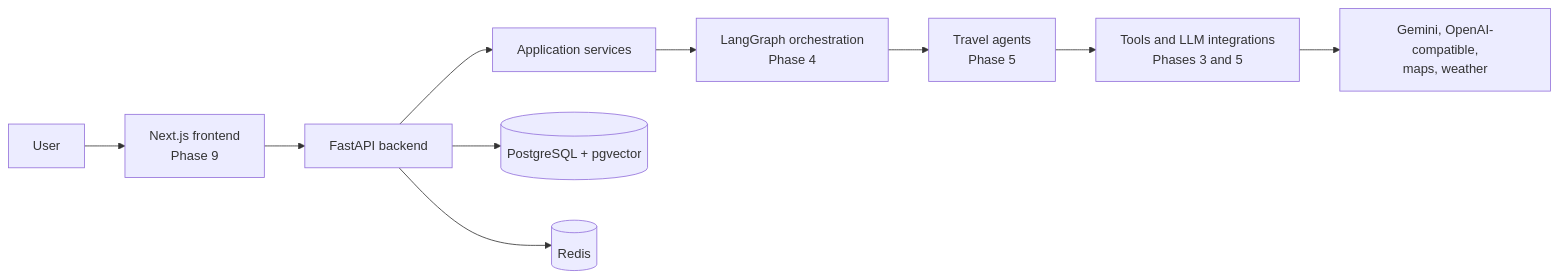
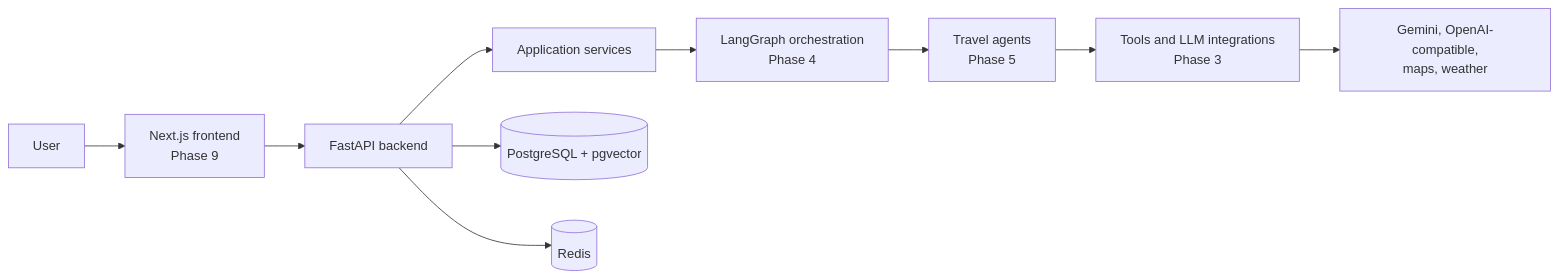
One commit to AnuradhaKashaudhan/TravelMind changed the diagram in README.md. Above: the diagram before and after it, drawn with Mermaid. The commit also changed other lines of this file and 43 other files, not shown here.

Commit message:
Implement Phase 3 LLM and tool integrations

````diff
--- a/README.md
+++ b/README.md
@@ -9,12 +9,12 @@
 ```mermaid
 flowchart LR
     User[User] --> Frontend[Next.js frontend<br/>Phase 9]
     Frontend --> API[FastAPI backend]
     API --> Services[Application services]
     API --> PostgreSQL[(PostgreSQL + pgvector)]
     API --> Redis[(Redis)]
     Services --> Workflow[LangGraph orchestration<br/>Phase 4]
     Workflow --> Agents[Travel agents<br/>Phase 5]
-    Agents --> Integrations[Tools and LLM integrations<br/>Phases 3 and 5]
+    Agents --> Integrations[Tools and LLM integrations<br/>Phase 3]
     Integrations --> Providers[Gemini, OpenAI-compatible,<br/>maps, weather]
 ```
````
